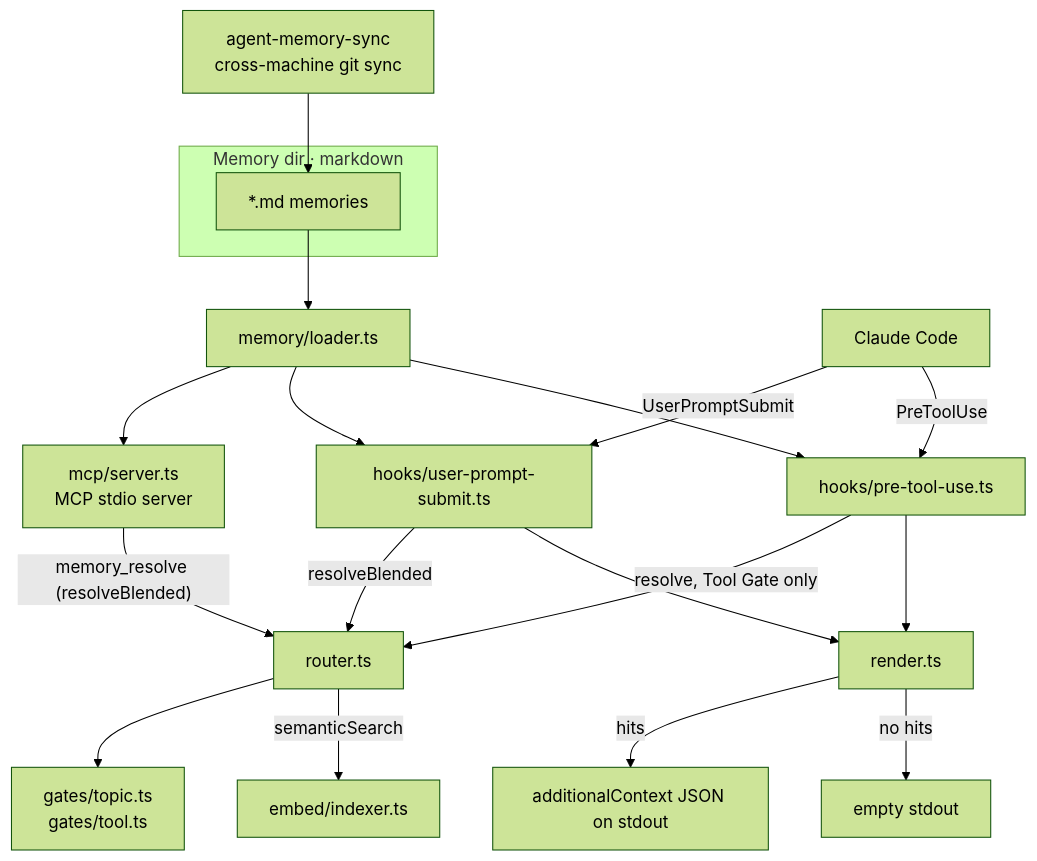
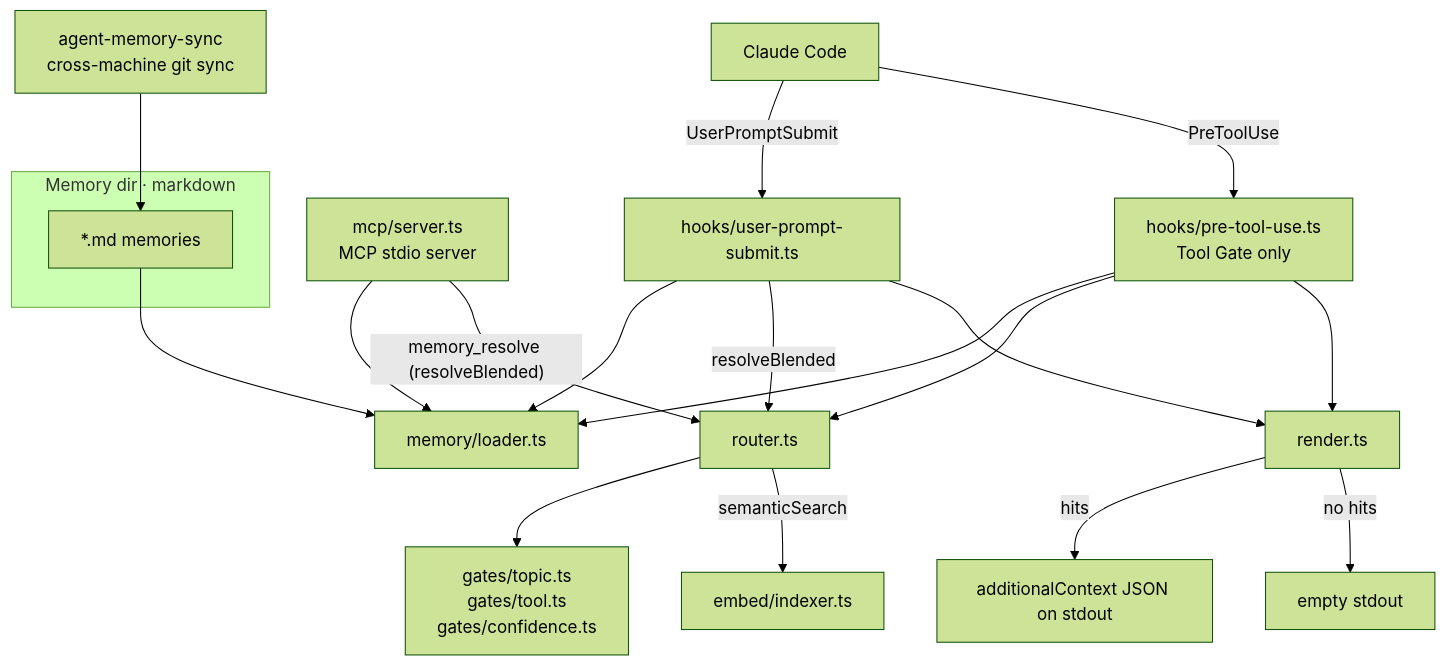
Before and after one commit to LanNguyenSi/agent-memory: the first of 2 diagrams in README.md, drawn with Mermaid (forest theme). The commit also changed other lines of this file and 6 other files, not shown here.

````diff
--- a/README.md
+++ b/README.md
@@ -11,24 +11,24 @@
 ```mermaid
 flowchart TD
     sync["agent-memory-sync<br/>cross-machine git sync"] --> files
     subgraph corpus["Memory dir · markdown"]
         files["*.md memories"]
     end
     files --> loader["memory/loader.ts"]
-    loader --> mcp["mcp/server.ts<br/>MCP stdio server"]
-    loader --> ups["hooks/user-prompt-submit.ts"]
-    loader --> ptu["hooks/pre-tool-use.ts"]
+    mcp["mcp/server.ts<br/>MCP stdio server"] --> loader
+    ups["hooks/user-prompt-submit.ts"] --> loader
+    ptu["hooks/pre-tool-use.ts<br/>Tool Gate only"] --> loader
     cc["Claude Code"] -->|UserPromptSubmit| ups
     cc -->|PreToolUse| ptu
 
     ups -->|resolveBlended| router["router.ts"]
-    ptu -->|"resolve, Tool Gate only"| router
+    ptu --> router
     mcp -->|"memory_resolve (resolveBlended)"| router
-    router --> gates["gates/topic.ts<br/>gates/tool.ts"]
+    router --> gates["gates/topic.ts<br/>gates/tool.ts<br/>gates/confidence.ts"]
     router -->|semanticSearch| indexer["embed/indexer.ts"]
 
     ups --> render["render.ts"]
     ptu --> render
     render -->|hits| out["additionalContext JSON on stdout"]
     render -->|no hits| empty["empty stdout"]
 ```
````
